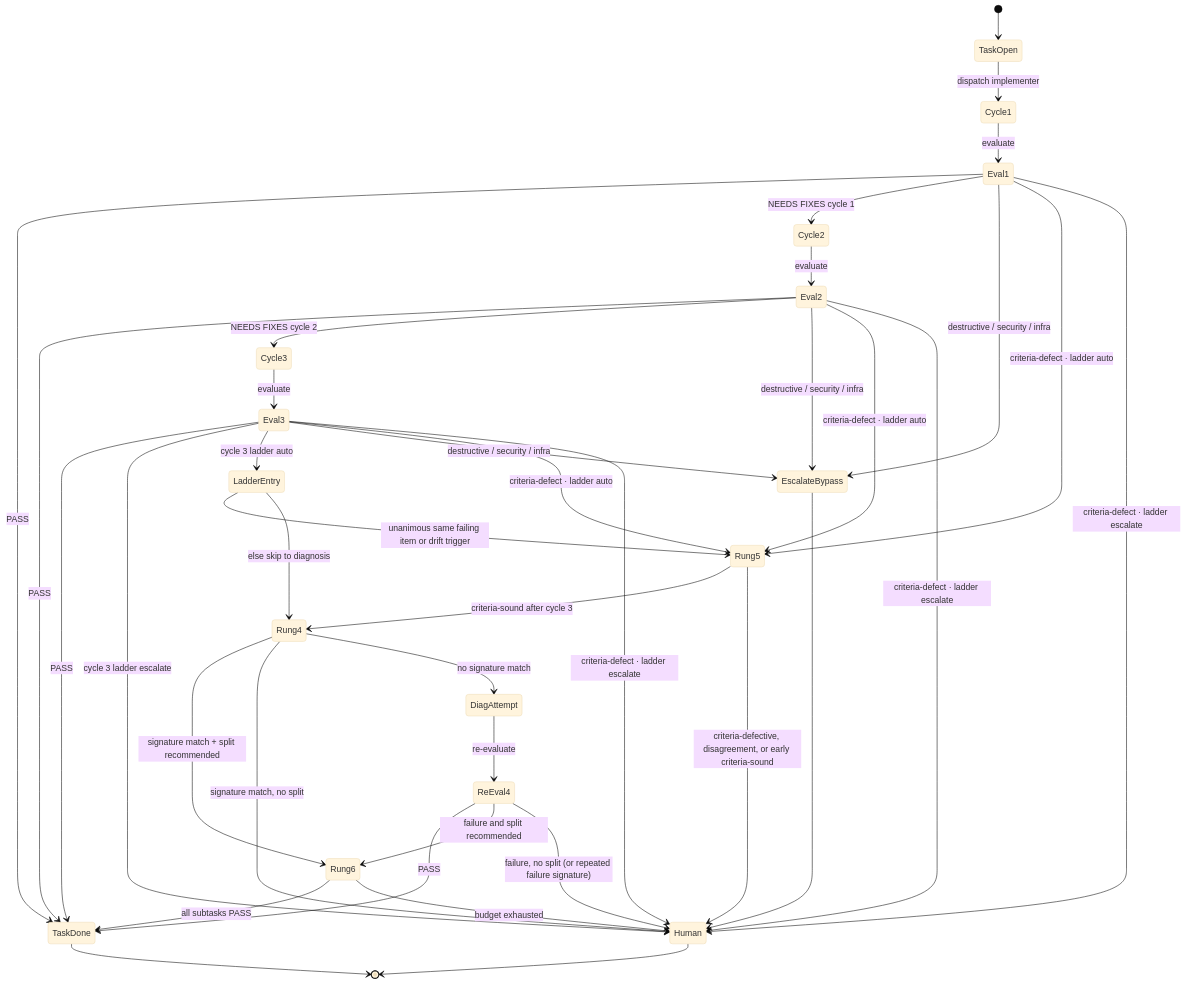
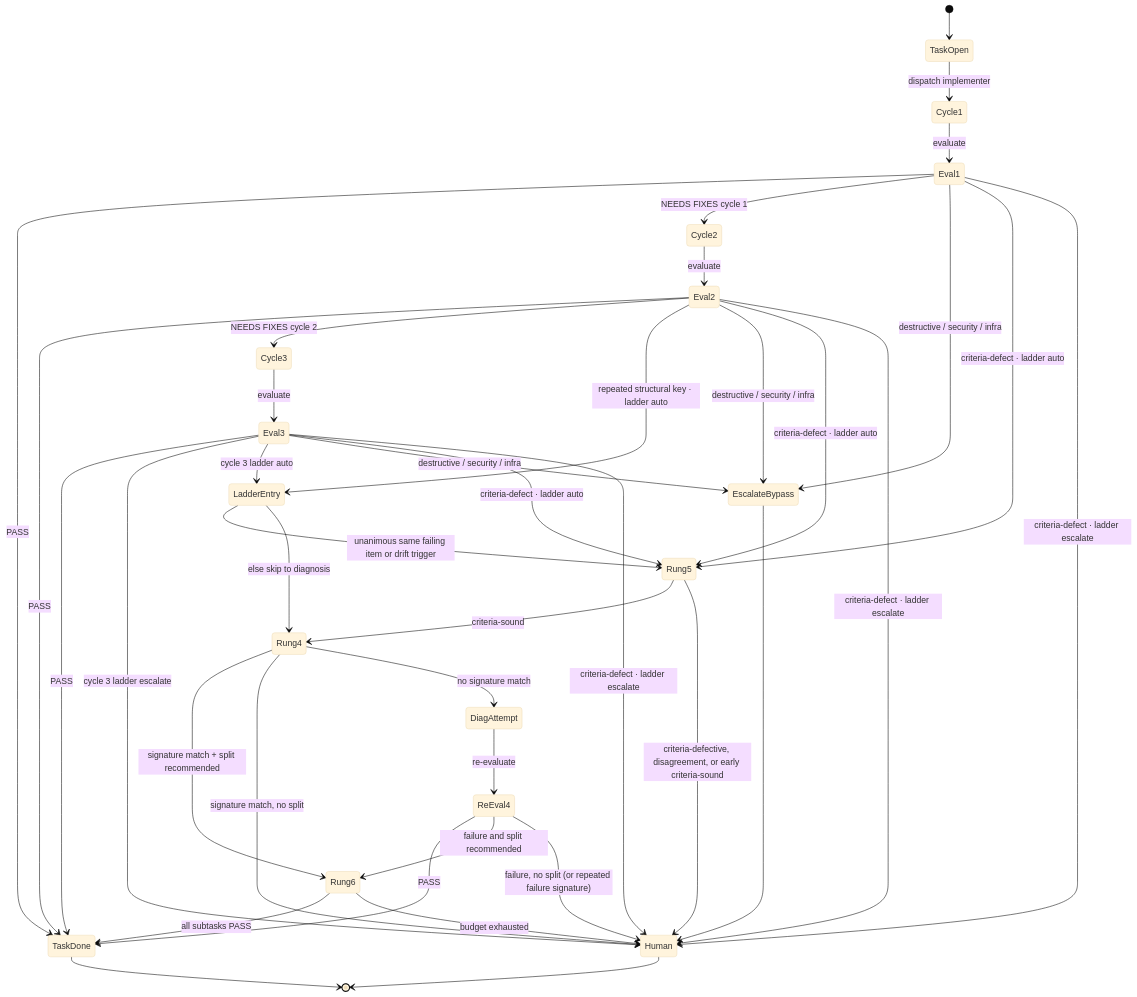
One commit to kdcllc/skills changed the second of 3 diagrams in docs/agent-kit/guide/feature-workflow.md. Above: the diagram before and after it, drawn with Mermaid (base theme). The commit also changed other lines of this file and 359 other files, not shown here.

````diff
--- a/docs/agent-kit/guide/feature-workflow.md
+++ b/docs/agent-kit/guide/feature-workflow.md
@@ -73,40 +73,41 @@
 ```mermaid
 stateDiagram-v2
     [*] --> TaskOpen
     TaskOpen --> Cycle1: dispatch implementer
     Cycle1 --> Eval1: evaluate
     Eval1 --> TaskDone: PASS
     Eval1 --> Cycle2: NEEDS FIXES cycle 1
     Cycle2 --> Eval2: evaluate
     Eval2 --> TaskDone: PASS
     Eval2 --> Cycle3: NEEDS FIXES cycle 2
     Cycle3 --> Eval3: evaluate
     Eval3 --> TaskDone: PASS
     Eval3 --> Human: cycle 3 ladder escalate
     Eval3 --> LadderEntry: cycle 3 ladder auto
+    Eval2 --> LadderEntry: repeated structural key · ladder auto
     Eval1 --> EscalateBypass: destructive / security / infra
     Eval2 --> EscalateBypass: destructive / security / infra
     Eval3 --> EscalateBypass: destructive / security / infra
     Eval1 --> Rung5: criteria-defect · ladder auto
     Eval2 --> Rung5: criteria-defect · ladder auto
     Eval3 --> Rung5: criteria-defect · ladder auto
     Eval1 --> Human: criteria-defect · ladder escalate
     Eval2 --> Human: criteria-defect · ladder escalate
     Eval3 --> Human: criteria-defect · ladder escalate
     LadderEntry --> Rung5: unanimous same failing item or drift trigger
     LadderEntry --> Rung4: else skip to diagnosis
-    Rung5 --> Rung4: criteria-sound after cycle 3
+    Rung5 --> Rung4: criteria-sound
     Rung5 --> Human: criteria-defective, disagreement, or early criteria-sound
     Rung4 --> Rung6: signature match + split recommended
     Rung4 --> Human: signature match, no split
     Rung4 --> DiagAttempt: no signature match
     DiagAttempt --> ReEval4: re-evaluate
     ReEval4 --> TaskDone: PASS
     ReEval4 --> Rung6: failure and split recommended
     ReEval4 --> Human: failure, no split (or repeated failure signature)
     Rung6 --> TaskDone: all subtasks PASS
     Rung6 --> Human: budget exhausted
     EscalateBypass --> Human
     TaskDone --> [*]
     Human --> [*]
 ```
````
